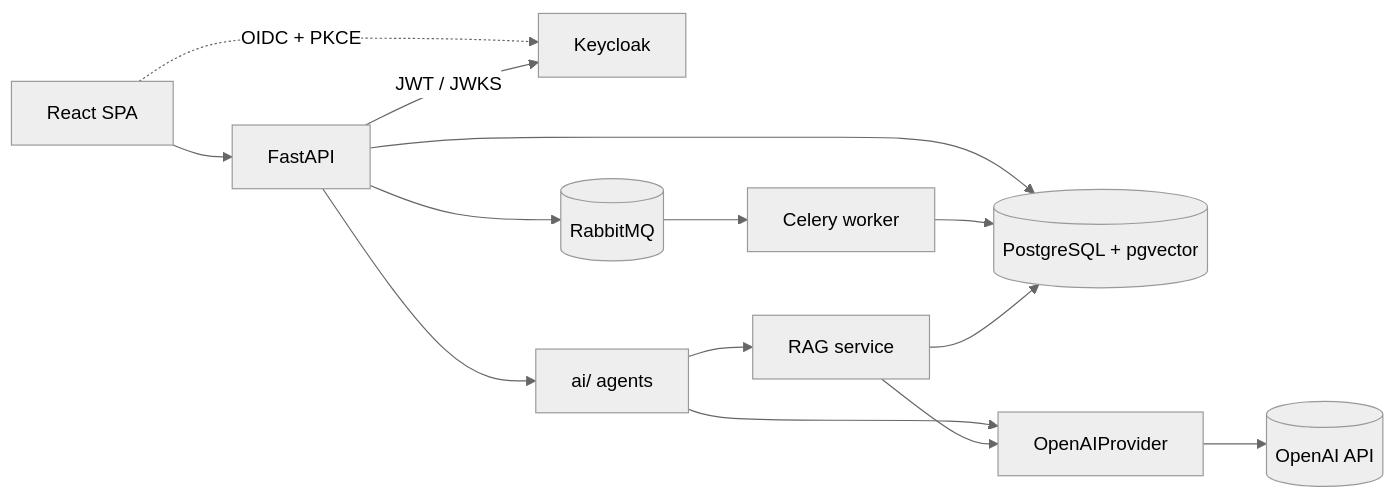
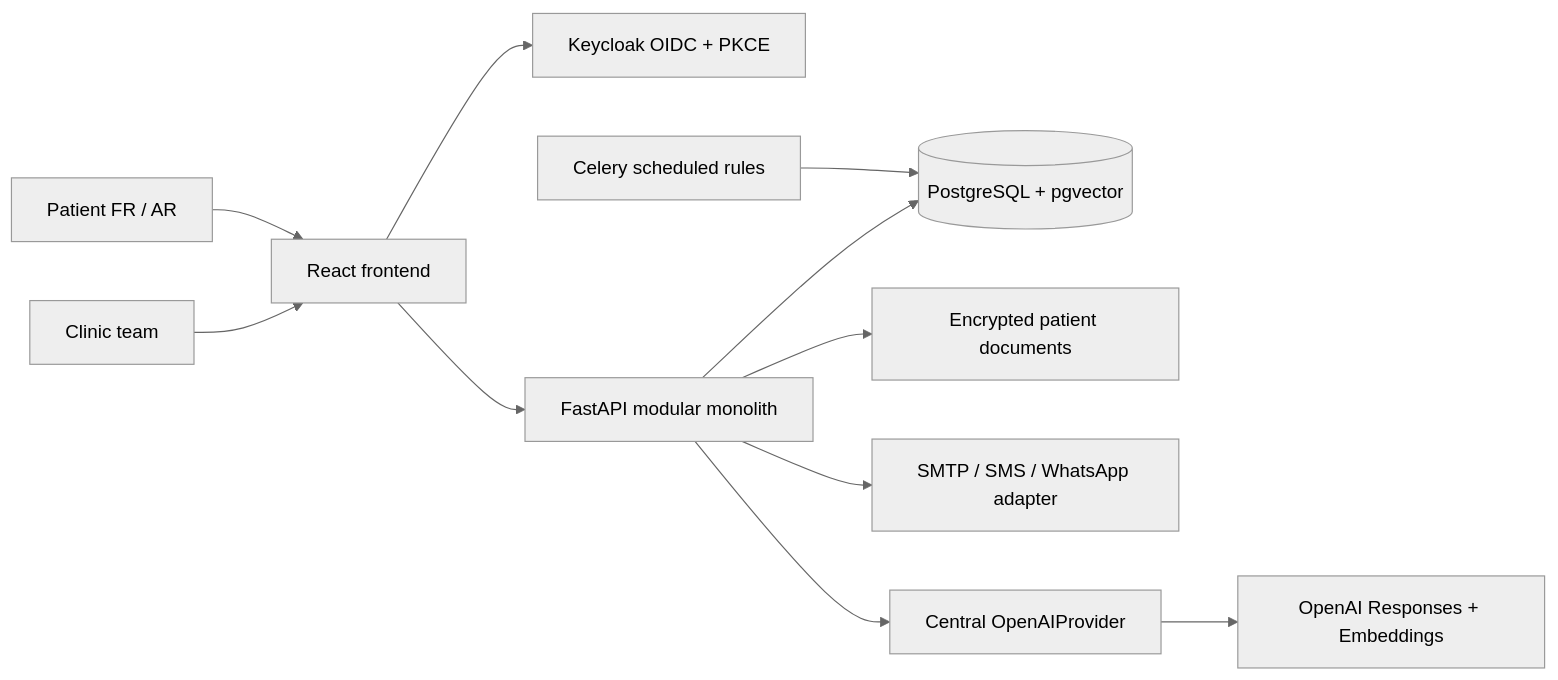
One commit to yassineaqejjaj/CarePilot changed the diagram in README.md. Above: the diagram before and after it, drawn with Mermaid (neutral theme). The commit also changed other lines of this file and 6 other files, not shown here.

````diff
--- a/README.md
+++ b/README.md
@@ -141,12 +135,13 @@
 ```mermaid
 flowchart LR
-  WEB[React SPA] --> API[FastAPI]
-  WEB -. OIDC + PKCE .-> KC[Keycloak]
-  API -- JWT / JWKS --> KC
-  API --> PG[(PostgreSQL + pgvector)]
-  API --> MQ[(RabbitMQ)] --> WRK[Celery worker] --> PG
-  API --> AG[ai/ agents] --> PROV[OpenAIProvider]
-  AG --> RAG[RAG service] --> PROV
-  RAG --> PG
-  PROV --> OAI[(OpenAI API)]
+  Staff[Clinic team] --> Web[React frontend]
+  Patient[Patient FR / AR] --> Web
+  Web --> KC[Keycloak OIDC + PKCE]
+  Web --> API[FastAPI modular monolith]
+  API --> DB[(PostgreSQL + pgvector)]
+  API --> Files[Encrypted patient documents]
+  API --> Msg[SMTP / SMS / WhatsApp adapter]
+  API --> AI[Central OpenAIProvider]
+  AI --> OAI[OpenAI Responses + Embeddings]
+  Worker[Celery scheduled rules] --> DB
 ```
````
